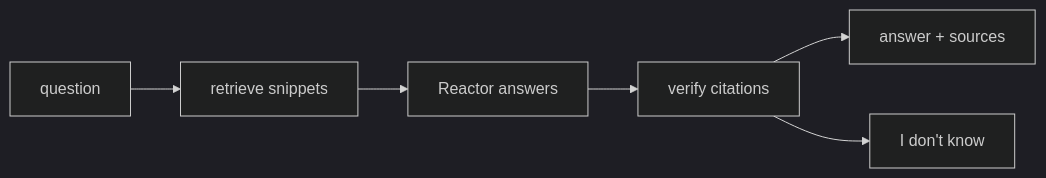
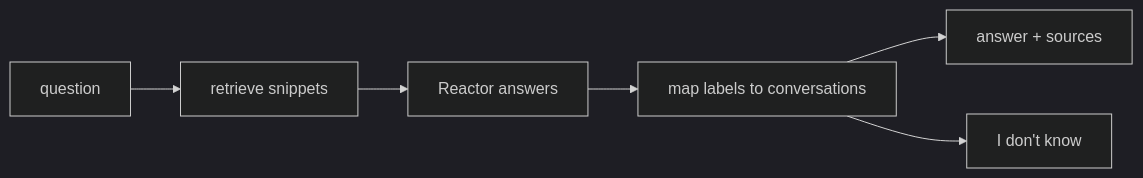
The diagram in README.md (Amaanrais/rxai-memory), drawn with Mermaid (dark theme) before and after one commit. The commit also changed other lines of this file, not shown here.

````diff
--- a/README.md
+++ b/README.md
@@ -26,6 +28,6 @@
 ```mermaid
 flowchart LR
-    Q[question] --> R[retrieve snippets] --> X[Reactor answers] --> V[verify citations]
-    V --> A[answer + sources]
-    V --> N["I don't know"]
+    Q[question] --> R[retrieve snippets] --> X[Reactor answers] --> M[map labels to conversations]
+    M --> A[answer + sources]
+    M --> N["I don't know"]
 ```
````
